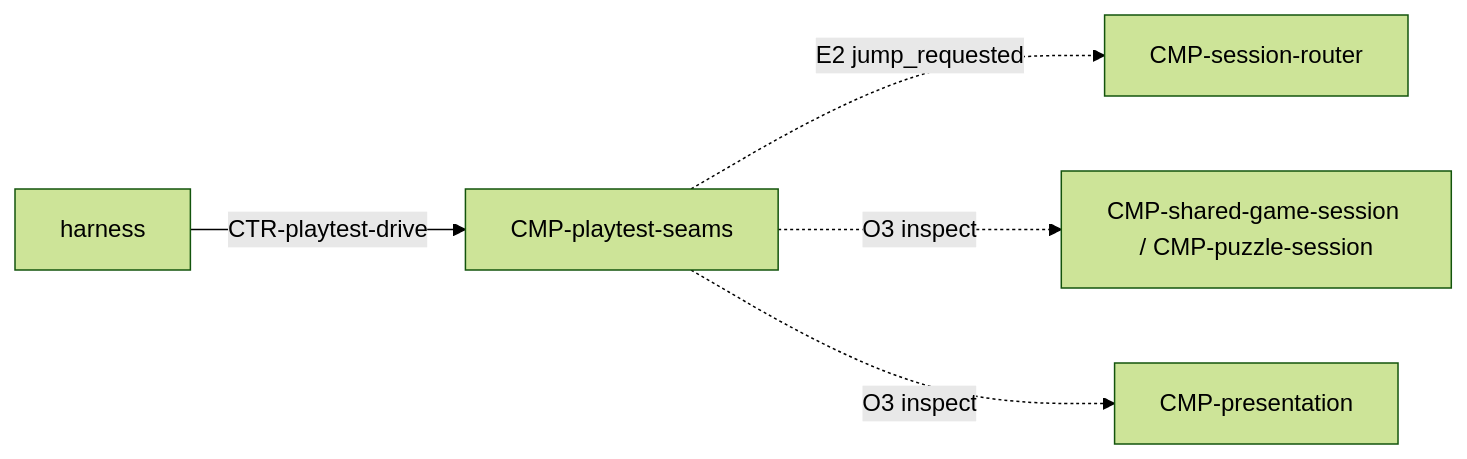
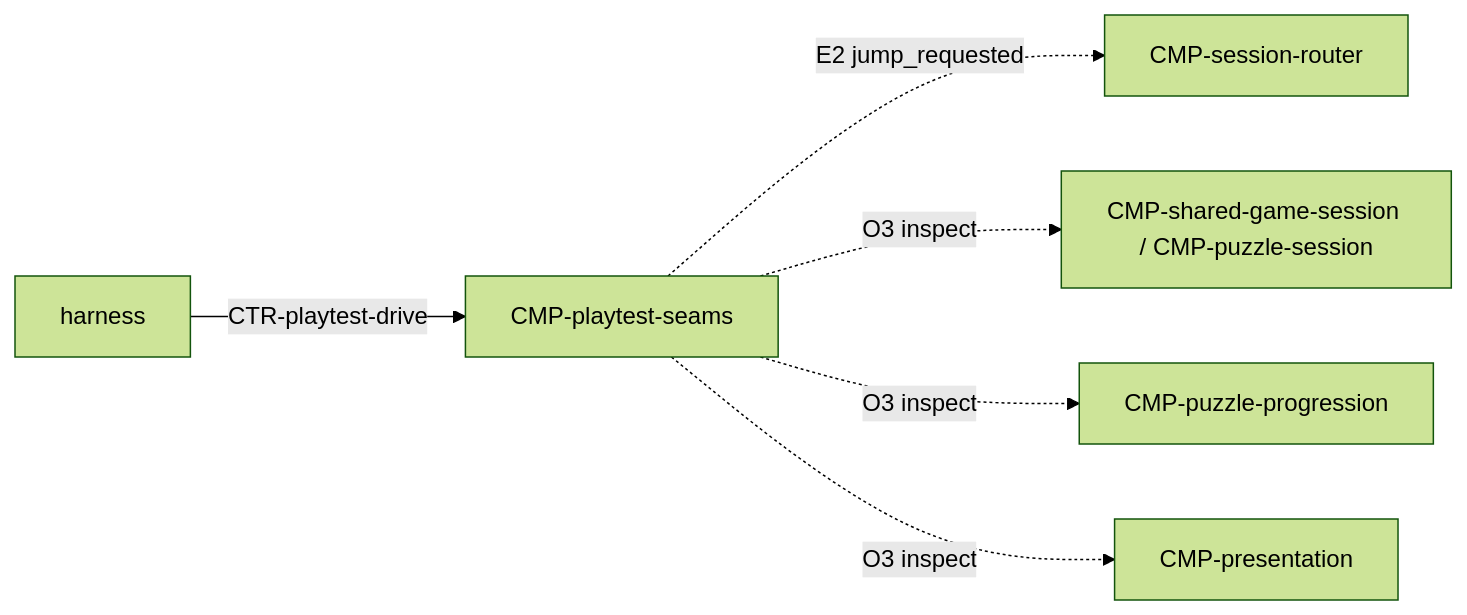
The diagram in specs/technical/components/playtest-seams.md (waigore/simplechessv2), drawn with Mermaid (forest theme) before and after one commit. The commit also changed other lines of this file and 19 other files, not shown here.

````diff
--- a/specs/technical/components/playtest-seams.md
+++ b/specs/technical/components/playtest-seams.md
@@ -38,12 +39,14 @@
 ```mermaid
 flowchart LR
   H[harness]
   P[CMP-playtest-seams]
   R[CMP-session-router]
   S[CMP-shared-game-session / CMP-puzzle-session]
+  G[CMP-puzzle-progression]
   V[CMP-presentation]
   H -->|CTR-playtest-drive| P
   P -.->|E2 jump_requested| R
   P -.->|O3 inspect| S
+  P -.->|O3 inspect| G
   P -.->|O3 inspect| V
 ```
````
